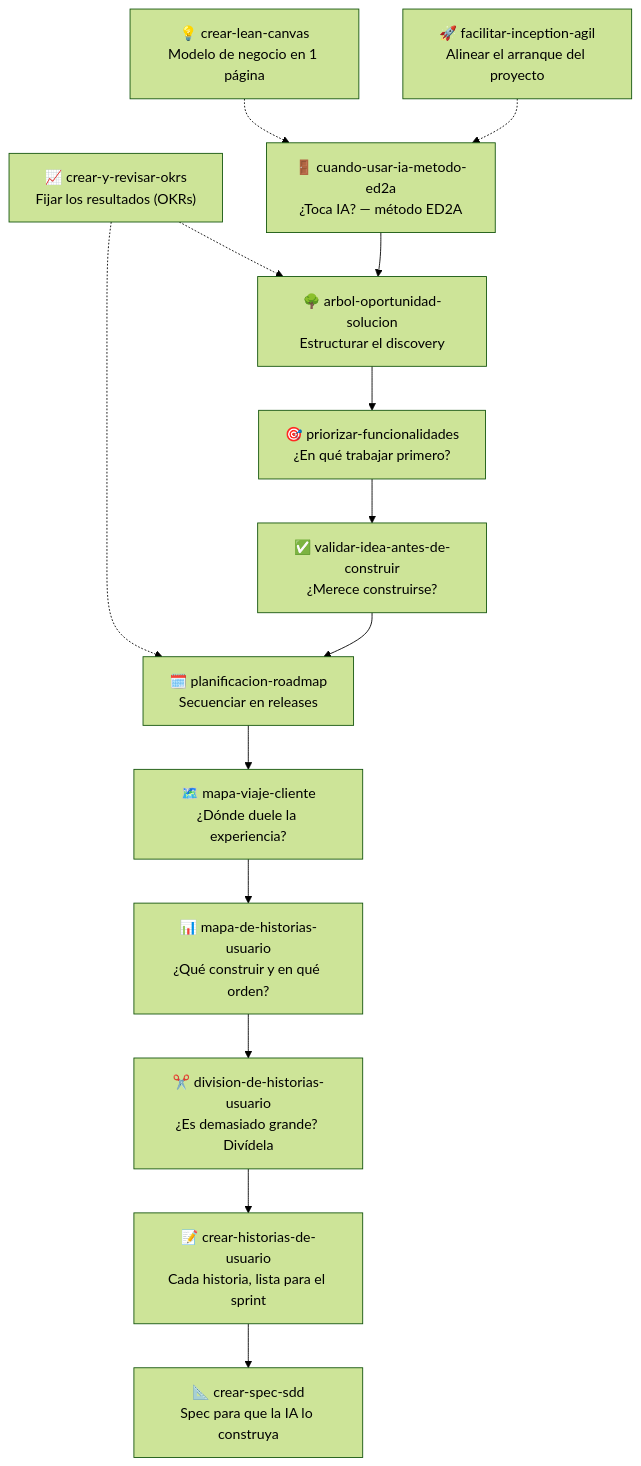
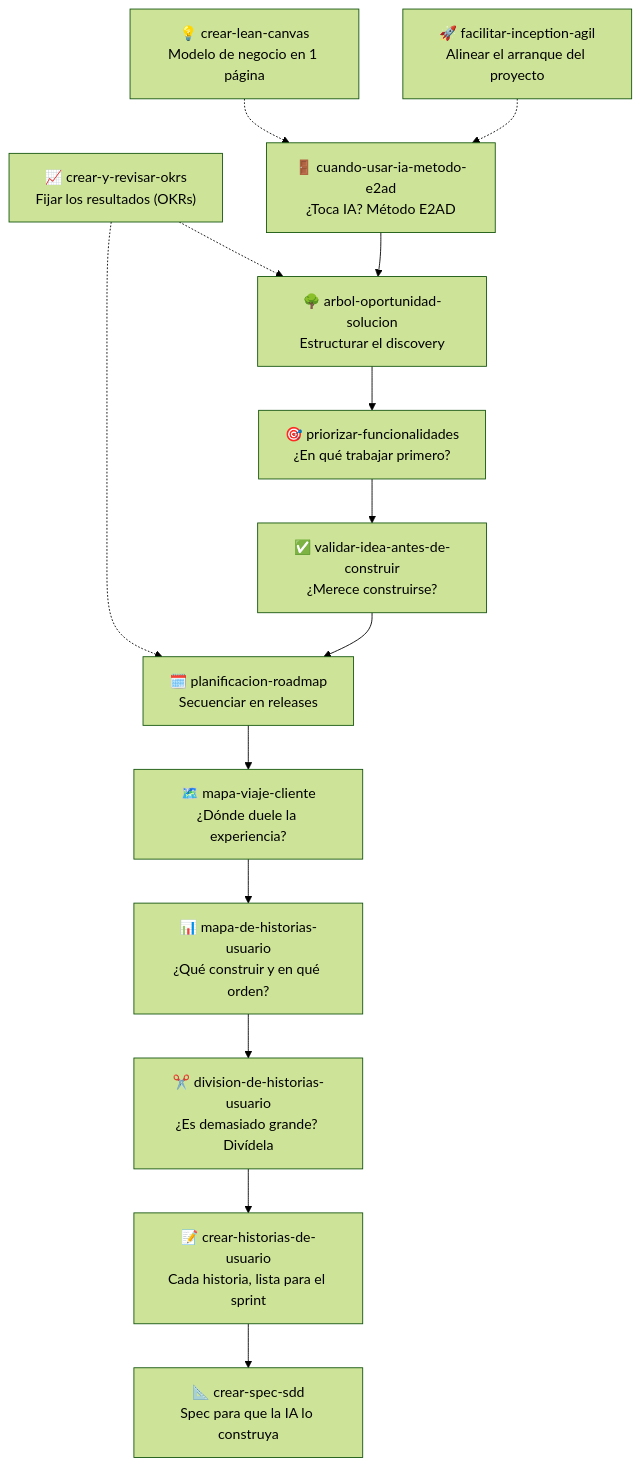
One commit to javier-garzas/ia-product-management changed the diagram in README.md. Above: the diagram before and after it, drawn with Mermaid (forest theme). The commit also changed other lines of this file and 4 other files, not shown here.

````diff
--- a/README.md
+++ b/README.md
@@ -39,21 +39,21 @@
 ```mermaid
 flowchart TD
     LC["💡 crear-lean-canvas<br/>Modelo de negocio en 1 página"]
     IN["🚀 facilitar-inception-agil<br/>Alinear el arranque del proyecto"]
     OK["📈 crear-y-revisar-okrs<br/>Fijar los resultados (OKRs)"]
-    A["🚪 cuando-usar-ia-metodo-ed2a<br/>¿Toca IA? — método ED2A"]
+    A["🚪 cuando-usar-ia-metodo-e2ad<br/>¿Toca IA? Método E2AD"]
     T["🌳 arbol-oportunidad-solucion<br/>Estructurar el discovery"]
     P["🎯 priorizar-funcionalidades<br/>¿En qué trabajar primero?"]
     B["✅ validar-idea-antes-de-construir<br/>¿Merece construirse?"]
     R["🗓️ planificacion-roadmap<br/>Secuenciar en releases"]
     C["🗺️ mapa-viaje-cliente<br/>¿Dónde duele la experiencia?"]
     D["📊 mapa-de-historias-usuario<br/>¿Qué construir y en qué orden?"]
     G["✂️ division-de-historias-usuario<br/>¿Es demasiado grande? Divídela"]
     E["📝 crear-historias-de-usuario<br/>Cada historia, lista para el sprint"]
     F["📐 crear-spec-sdd<br/>Spec para que la IA lo construya"]
     LC -.-> A
     IN -.-> A
     OK -.-> T
     OK -.-> R
     A --> T --> P --> B --> R --> C --> D --> G --> E --> F
 ```
````
